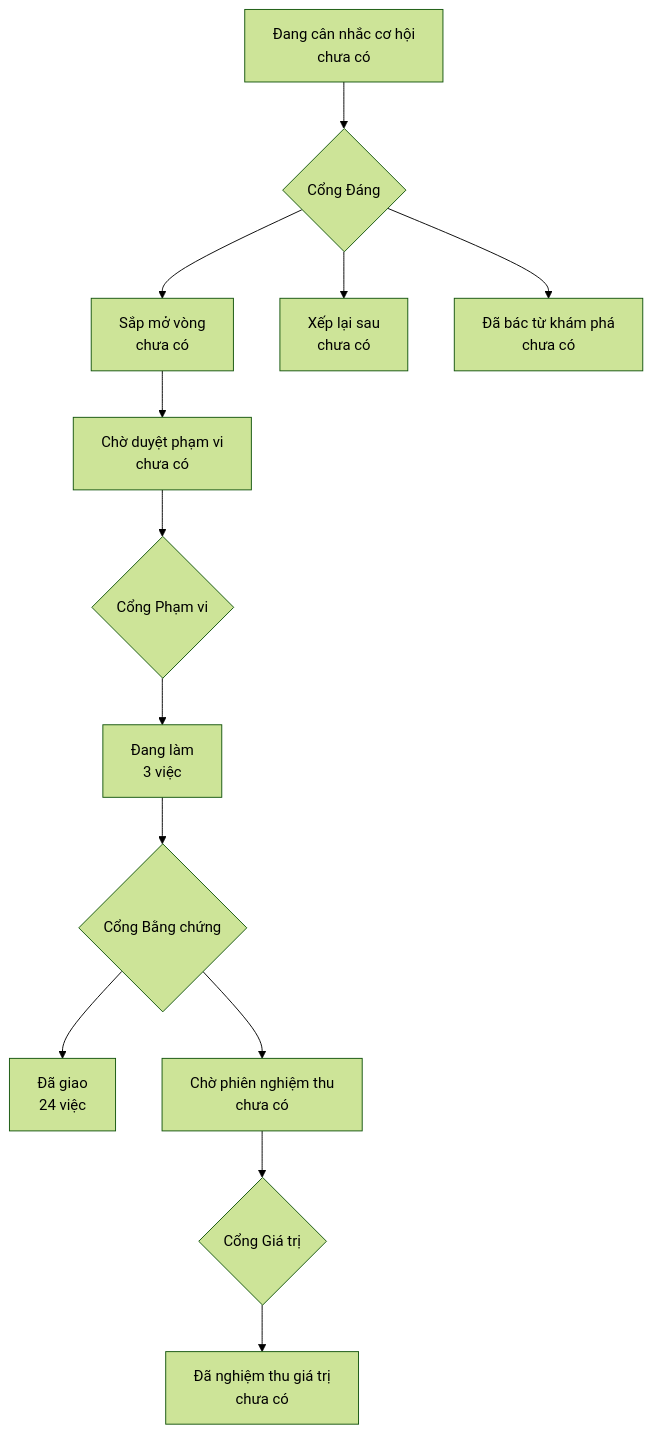
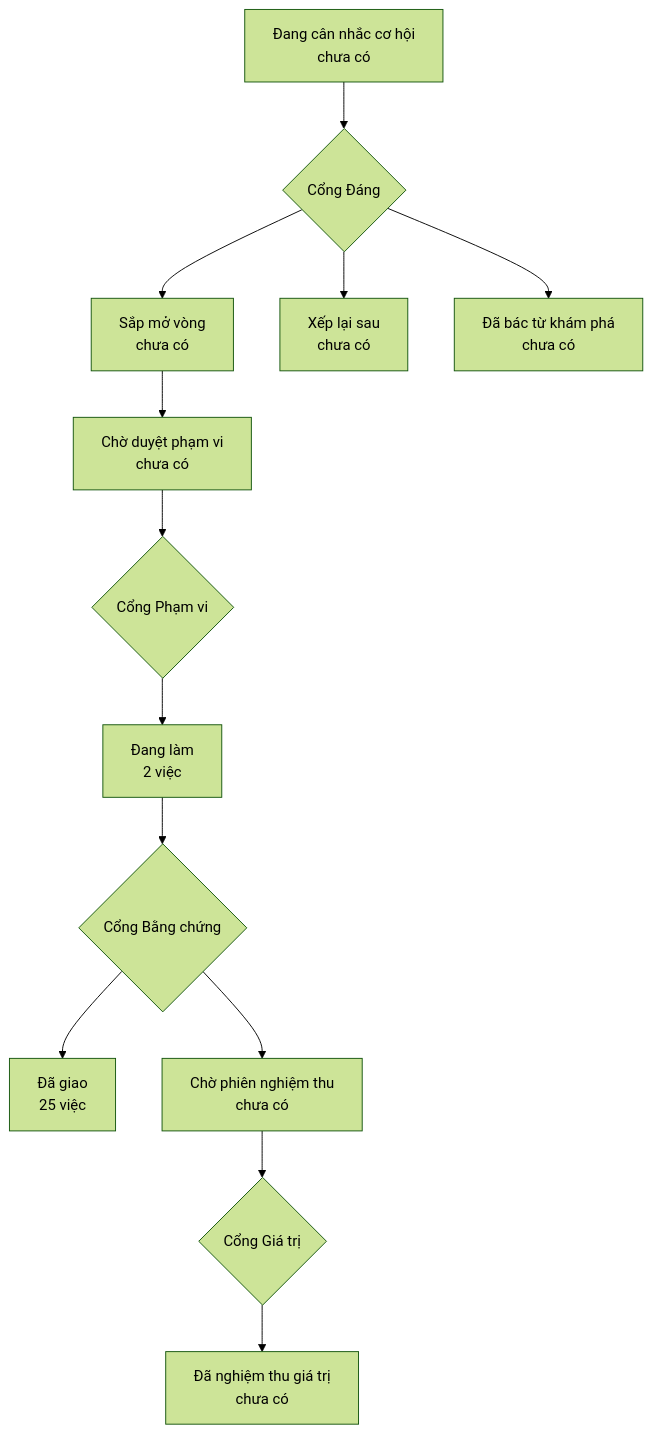
The diagram in PRODUCT-MAP.md (phanlemanh/acceptance-gate-kit), drawn with Mermaid (forest theme) before and after one commit. The commit also changed 6 other files, not shown here.

````diff
--- a/PRODUCT-MAP.md
+++ b/PRODUCT-MAP.md
@@ -6,12 +6,12 @@
 ```mermaid
 flowchart TD
   A["Đang cân nhắc cơ hội<br/>chưa có"] --> GD{"Cổng Đáng"}
   GD --> B["Sắp mở vòng<br/>chưa có"]
   GD --> XL["Xếp lại sau<br/>chưa có"]
   GD --> DB["Đã bác từ khám phá<br/>chưa có"]
   B --> CD["Chờ duyệt phạm vi<br/>chưa có"] --> GP{"Cổng Phạm vi"}
-  GP --> DL["Đang làm<br/>3 việc"] --> GB{"Cổng Bằng chứng"}
-  GB --> DG["Đã giao<br/>24 việc"]
+  GP --> DL["Đang làm<br/>2 việc"] --> GB{"Cổng Bằng chứng"}
+  GB --> DG["Đã giao<br/>25 việc"]
   GB --> CN["Chờ phiên nghiệm thu<br/>chưa có"] --> GG{"Cổng Giá trị"}
   GG --> NT["Đã nghiệm thu giá trị<br/>chưa có"]
 ```
````
